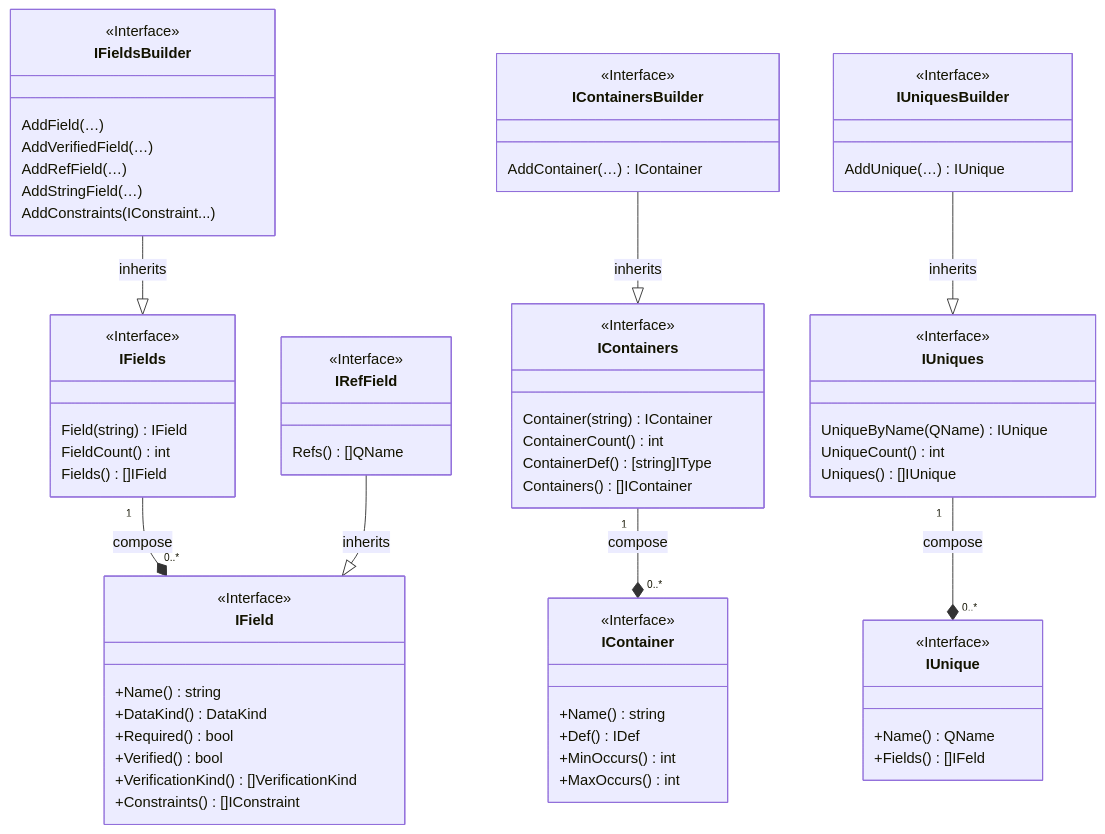
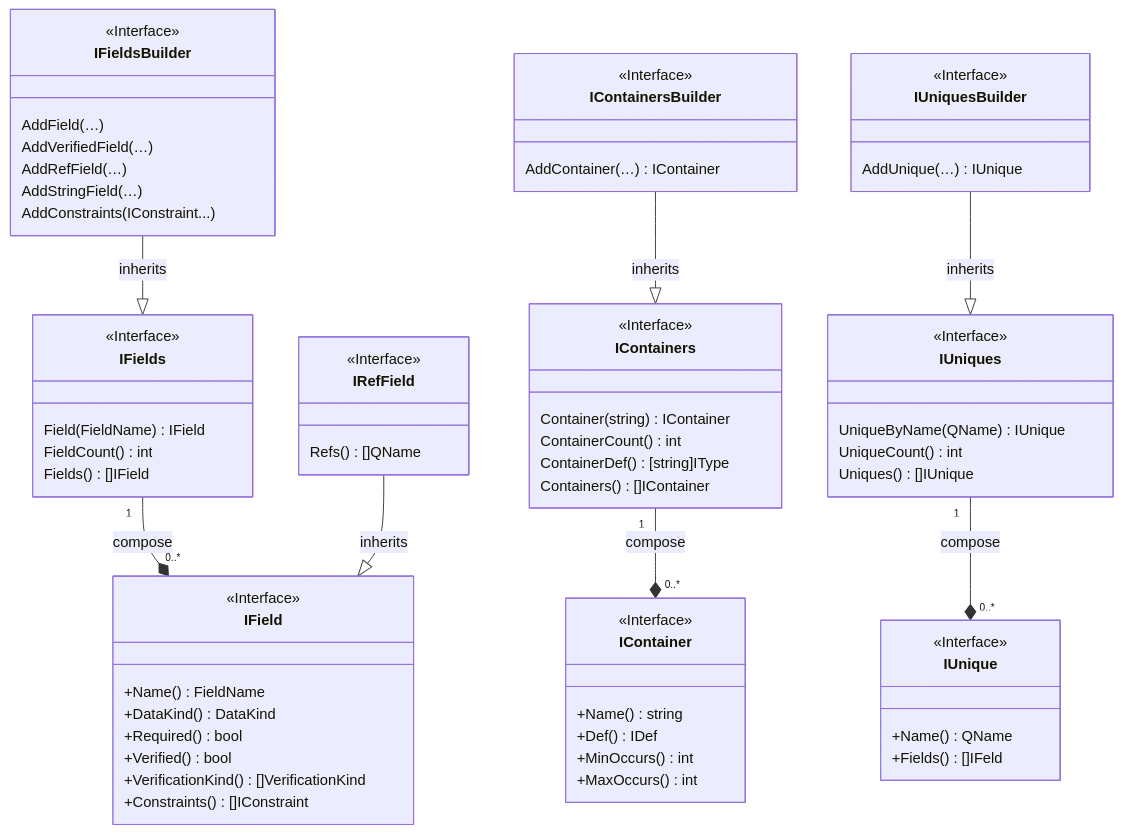
Before and after one commit to voedger/voedger: the fifth of 8 diagrams in pkg/appdef/README.md, drawn with Mermaid. The commit also changed other lines of this file, not shown here.

````diff
--- a/pkg/appdef/README.md
+++ b/pkg/appdef/README.md
@@ -425,80 +432,80 @@
 ```mermaid
 classDiagram
 
   class IField {
     <<Interface>>
-    +Name() string
+    +Name() FieldName
     +DataKind() DataKind
     +Required() bool
     +Verified() bool
     +VerificationKind() []VerificationKind
     +Constraints() []IConstraint
   }
 
   class IFields{
     <<Interface>>
-    Field(string) IField
+    Field(FieldName) IField
     FieldCount() int
     Fields() []IField
   }
   IFields "1" --* "0..*" IField : compose
 
   IFieldsBuilder --|> IFields : inherits
   class IFieldsBuilder {
     <<Interface>>
     AddField(…)
     AddVerifiedField(…)
     AddRefField(…)
     AddStringField(…)
     AddConstraints(IConstraint...)
   }
 
   IRefField --|> IField : inherits
   class IRefField {
     <<Interface>>
     Refs() []QName
   }
 
   class IContainer {
     <<Interface>>
     +Name() string
     +Def() IDef
     +MinOccurs() int
     +MaxOccurs() int
   }
 
   class IContainers{
     <<Interface>>
     Container(string) IContainer
     ContainerCount() int
     ContainerDef() [string]IType
     Containers() []IContainer
   }
   IContainers "1" --* "0..*" IContainer : compose
 
   IContainersBuilder --|> IContainers : inherits
   class IContainersBuilder {
     <<Interface>>
     AddContainer(…) IContainer
   }
 
   class IUnique {
     <<Interface>>
     +Name() QName
     +Fields() []IFeld
   }
 
   class IUniques{
     <<Interface>>
     UniqueByName(QName) IUnique
     UniqueCount() int
     Uniques() []IUnique
   }
   IUniques "1" --* "0..*" IUnique : compose
 
   IUniquesBuilder --|> IUniques : inherits
   class IUniquesBuilder {
     <<Interface>>
     AddUnique(…) IUnique
   }
 ```
````
